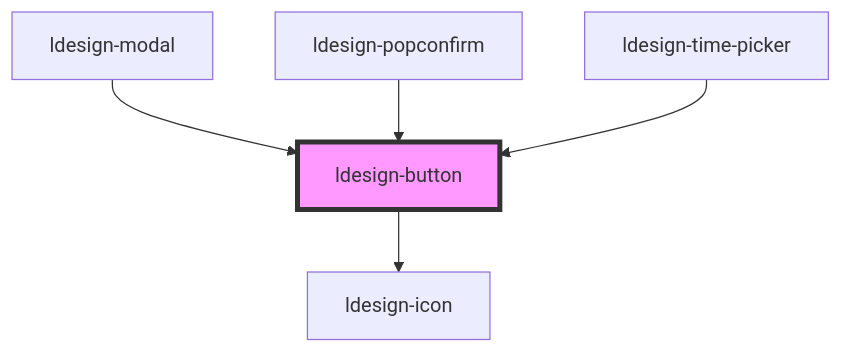
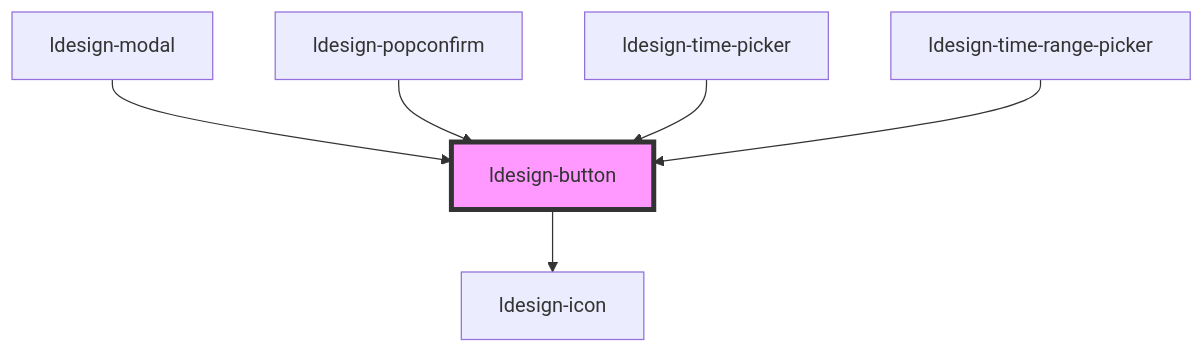
The diagram in packages/webcomponent/src/components/button/readme.md (poly1603/ldesign), drawn with Mermaid before and after one commit. The commit also changed other lines of this file and 36 other files, not shown here.

````diff
--- a/packages/webcomponent/src/components/button/readme.md
+++ b/packages/webcomponent/src/components/button/readme.md
@@ -104,8 +105,9 @@
 ```mermaid
 graph TD;
   ldesign-button --> ldesign-icon
   ldesign-modal --> ldesign-button
   ldesign-popconfirm --> ldesign-button
   ldesign-time-picker --> ldesign-button
+  ldesign-time-range-picker --> ldesign-button
   style ldesign-button fill:#f9f,stroke:#333,stroke-width:4px
 ```
````
